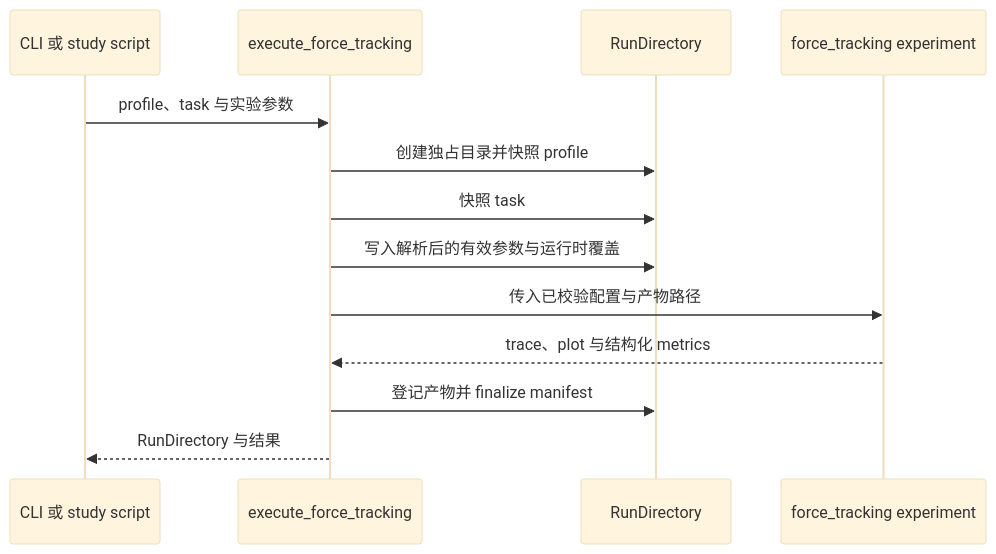
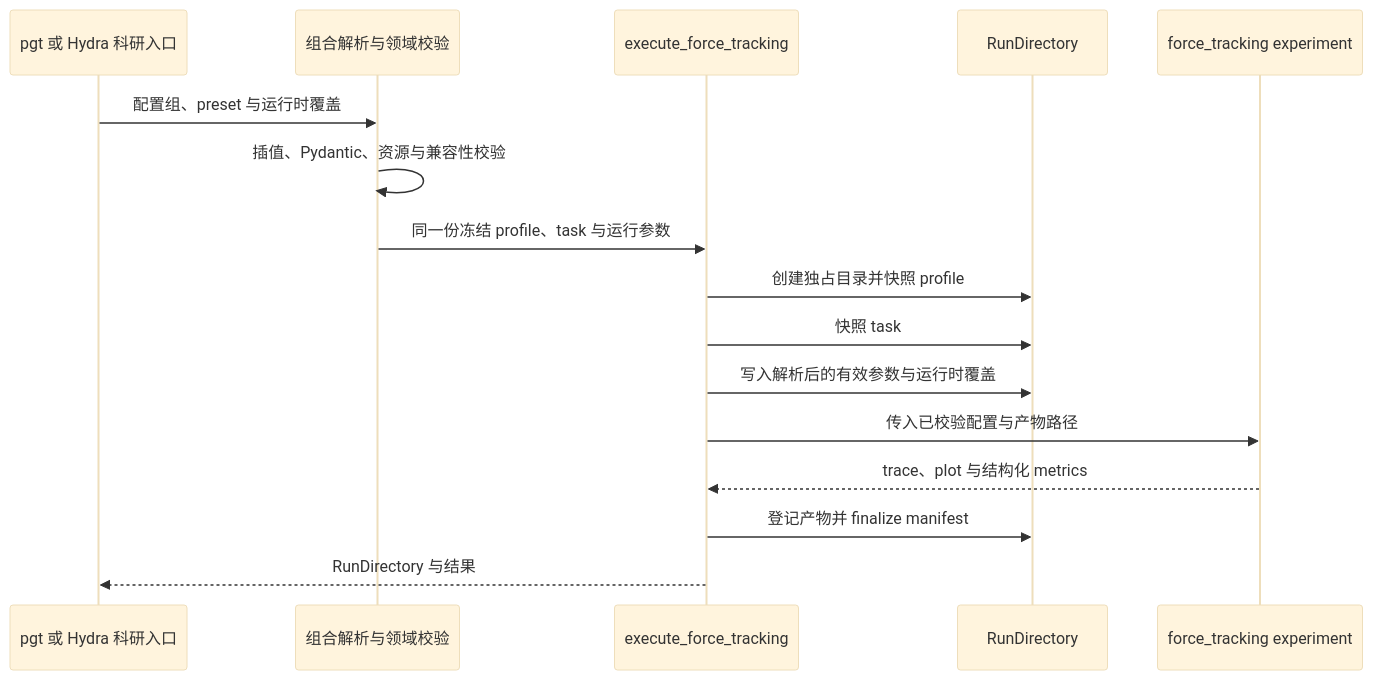
One commit to langxin11/parallel_gripper_tactile changed the second of 2 diagrams in docs/architecture.md. Above: the diagram before and after it, drawn with Mermaid (base theme). The commit also changed other lines of this file and 79 other files, not shown here.

````diff
--- a/docs/architecture.md
+++ b/docs/architecture.md
@@ -86,16 +97,19 @@
 ```mermaid
 sequenceDiagram
-  participant E as CLI 或 study script
+  participant E as pgt 或 Hydra 科研入口
+  participant C as 组合解析与领域校验
   participant R as execute_force_tracking
   participant A as RunDirectory
   participant X as force_tracking experiment
 
-  E->>R: profile、task 与实验参数
+  E->>C: 配置组、preset 与运行时覆盖
+  C->>C: 插值、Pydantic、资源与兼容性校验
+  C->>R: 同一份冻结 profile、task 与运行参数
   R->>A: 创建独占目录并快照 profile
   R->>A: 快照 task
   R->>A: 写入解析后的有效参数与运行时覆盖
   R->>X: 传入已校验配置与产物路径
   X-->>R: trace、plot 与结构化 metrics
   R->>A: 登记产物并 finalize manifest
   R-->>E: RunDirectory 与结果
 ```
````
